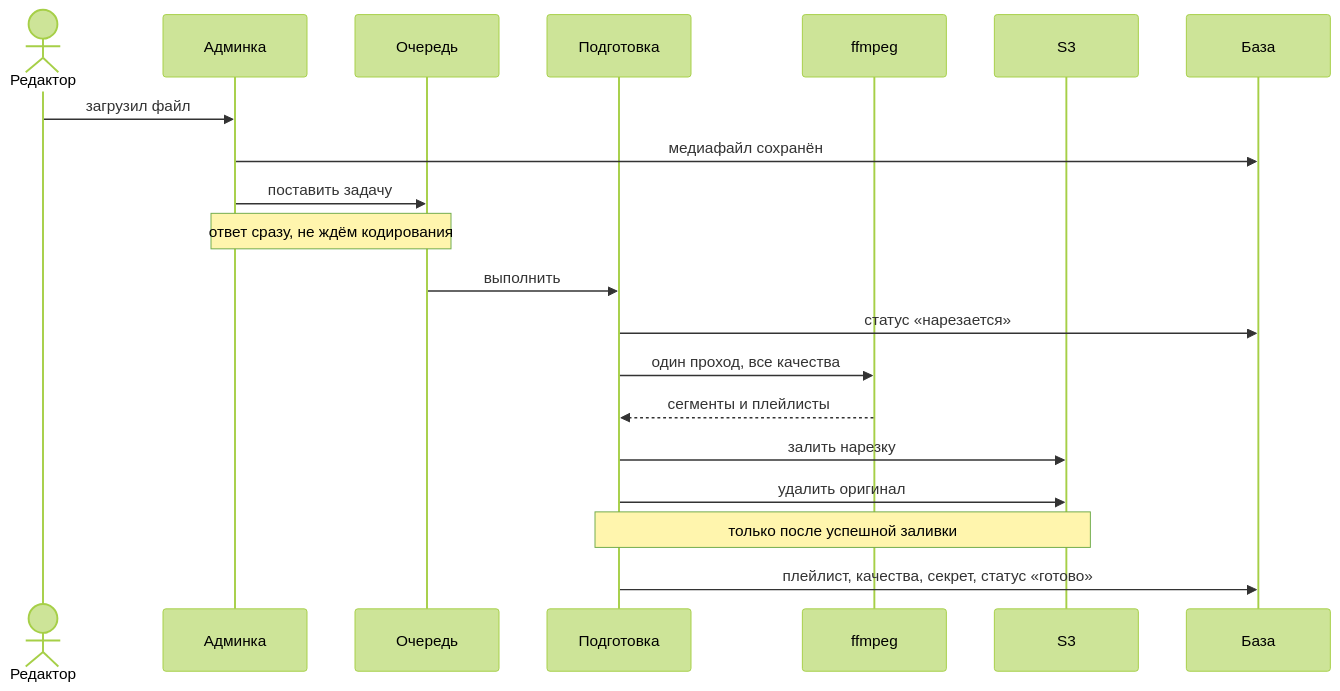
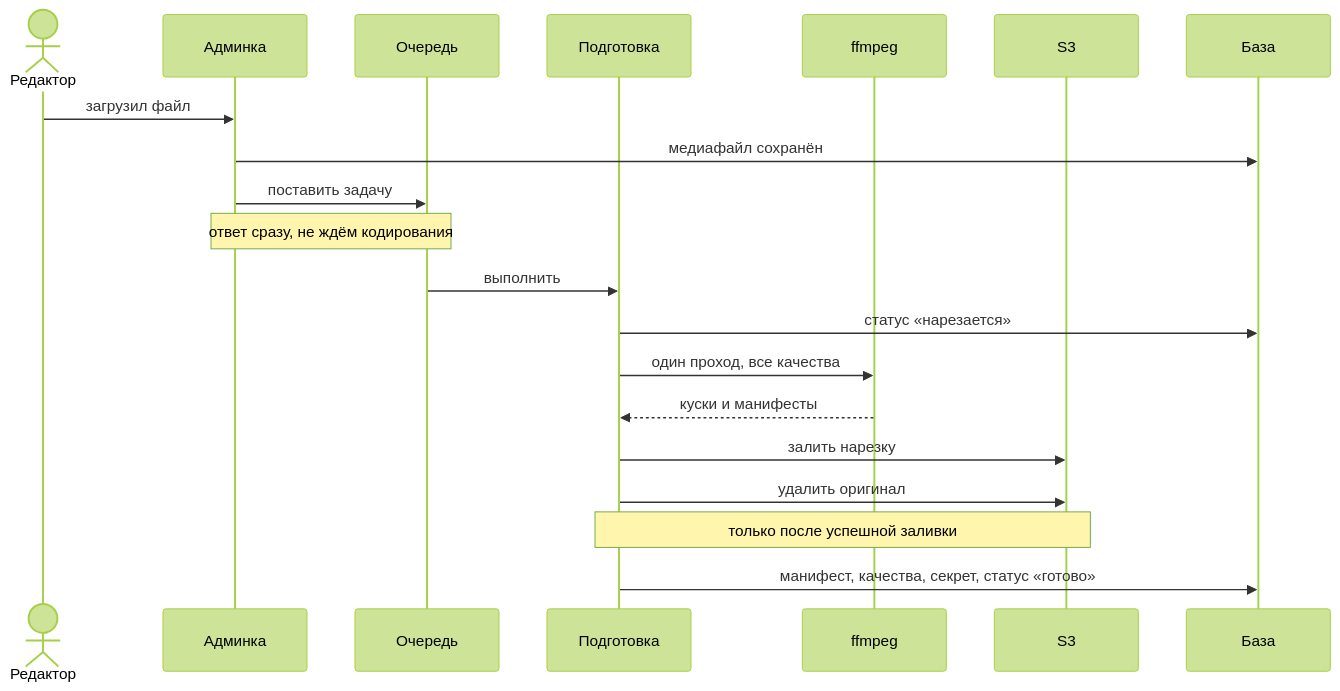
One commit to Vovanda/WebHolyGrail changed the second of 7 diagrams in docs/whg/39-video.md. Above: the diagram before and after it, drawn with Mermaid (forest theme). The commit also changed other lines of this file and 14 other files, not shown here.

````diff
--- a/docs/whg/39-video.md
+++ b/docs/whg/39-video.md
@@ -80,23 +80,23 @@
 ```mermaid
 sequenceDiagram
     actor Редактор
     participant Админка
     participant Очередь
     participant Сценарий as Подготовка
     participant ffmpeg
     participant S3
     participant База
 
     Редактор->>Админка: загрузил файл
     Админка->>База: медиафайл сохранён
     Админка->>Очередь: поставить задачу
     Note over Админка,Очередь: ответ сразу, не ждём кодирования
     Очередь->>Сценарий: выполнить
     Сценарий->>База: статус «нарезается»
     Сценарий->>ffmpeg: один проход, все качества
-    ffmpeg-->>Сценарий: сегменты и плейлисты
+    ffmpeg-->>Сценарий: куски и манифесты
     Сценарий->>S3: залить нарезку
     Сценарий->>S3: удалить оригинал
     Note over Сценарий,S3: только после успешной заливки
-    Сценарий->>База: плейлист, качества, секрет, статус «готово»
+    Сценарий->>База: манифест, качества, секрет, статус «готово»
 ```
````
